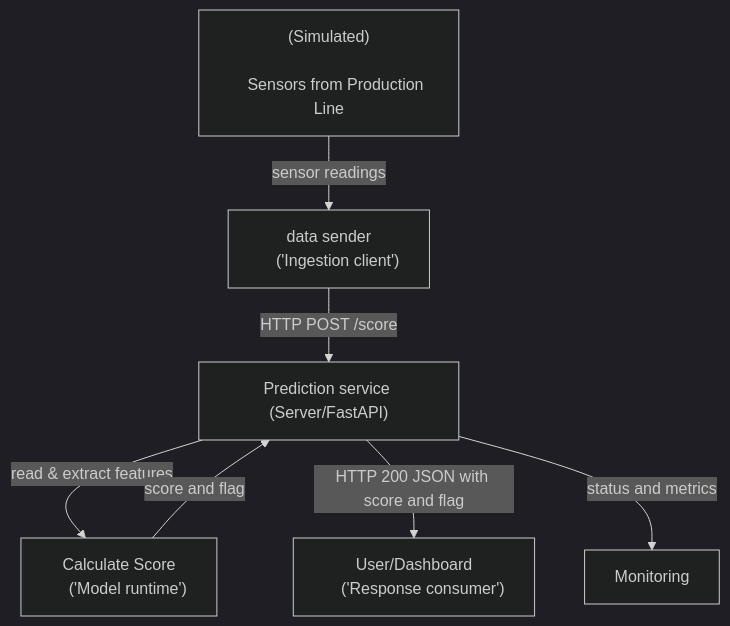
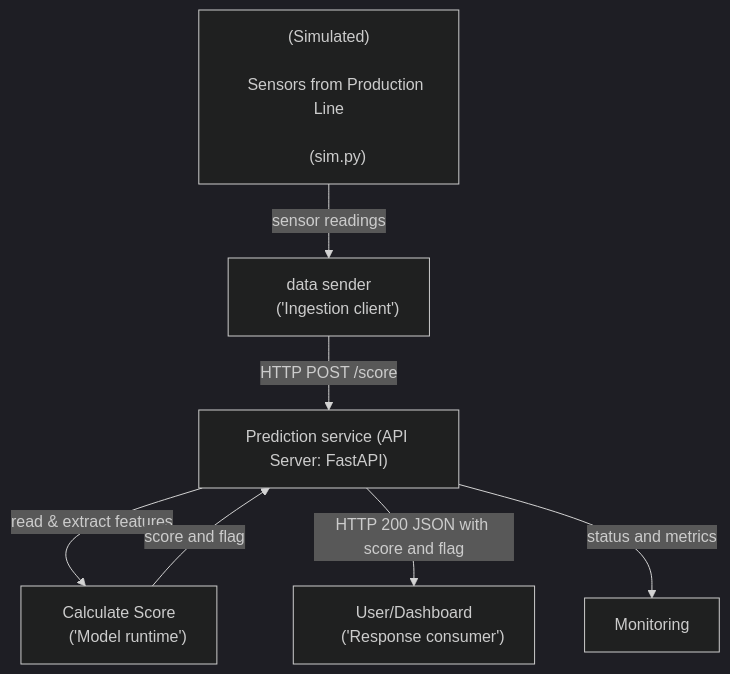
Before and after one commit to rzhlm/IUBH-stream-anomaly: the diagram in documentation/architecture.mermaid, drawn with Mermaid (dark theme). The commit also changed 1 other file, not shown here.

Commit message:
updating diagrams (mermaid)

```diff
--- a/documentation/architecture.mermaid
+++ b/documentation/architecture.mermaid
@@ -1,32 +1,34 @@
 flowchart TD
 
     SRC["(Simulated)
 
-    Sensors from Production Line"]
+    Sensors from Production Line
+
+    (sim.py)"]
 
     ING["data sender
     ('Ingestion client')"]
 
-    API["Prediction service (Server/FastAPI)"]
+    API["Prediction service (API Server: FastAPI)"]
 
     MODEL["Calculate Score
     ('Model runtime')"]
 
     CALLER["User/Dashboard
     ('Response consumer')"]
 
     MON[Monitoring]
 
-  
+
 
     SRC -->|sensor readings| ING
 
     ING -->|HTTP POST /score | API
 
     API -->|read & extract features | MODEL
 
     MODEL -->|score and flag| API
 
     API -->|HTTP 200 JSON with score and flag| CALLER
 
     API -->|status and metrics| MON
```
